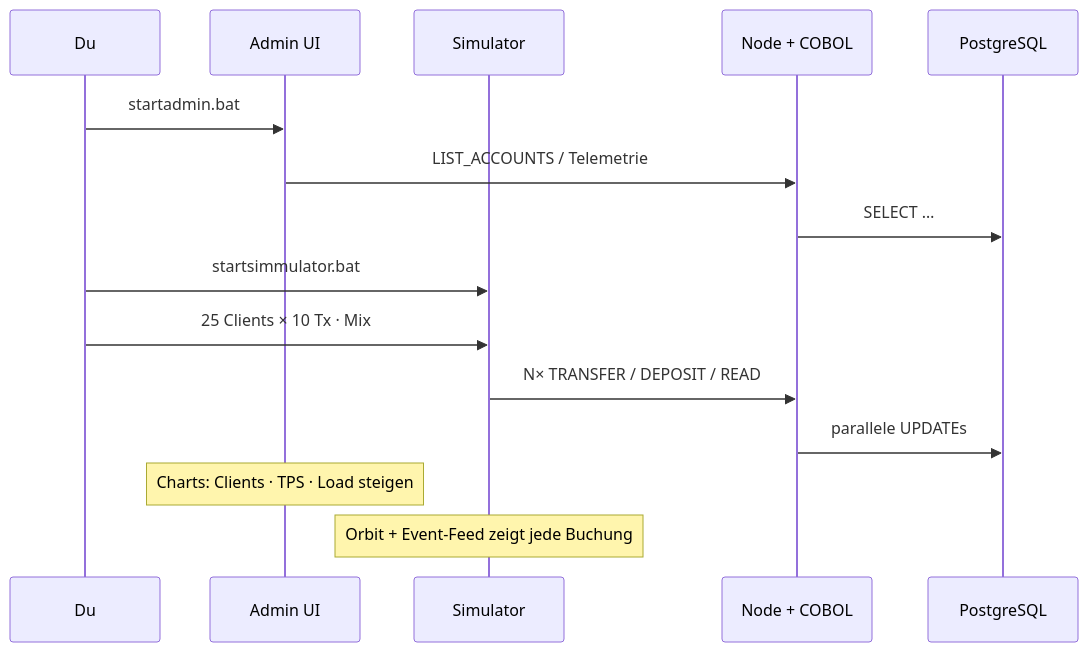
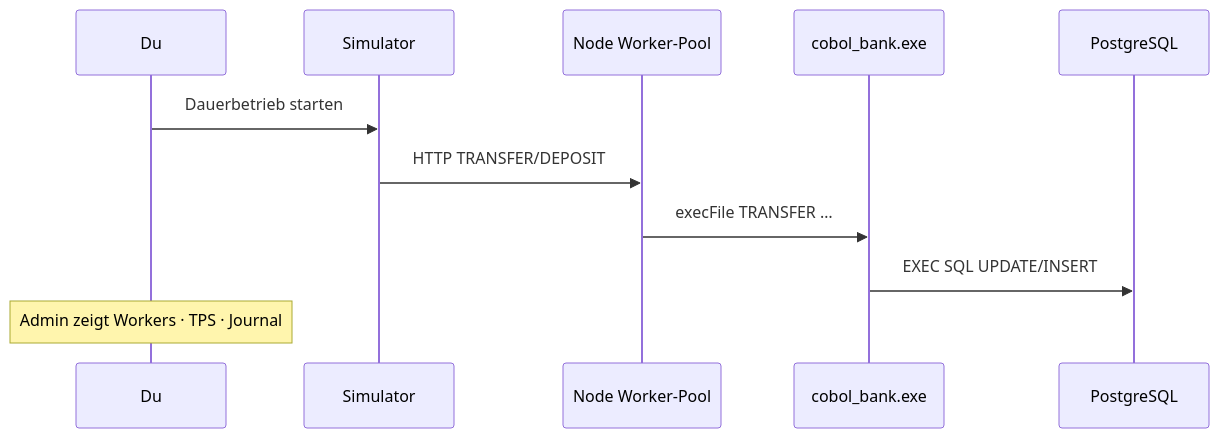
Before and after one commit to tnickel/cobol-corebank: the second of 2 diagrams in README.md, drawn with Mermaid. The commit also changed other lines of this file and 30 other files, not shown here.

First line of the commit message:
Expand COBOL-focused docs, continuous simulator, and admin reliability.

````diff
--- a/README.md
+++ b/README.md
@@ -101,18 +132,13 @@
 ```mermaid
 sequenceDiagram
   participant You as Du
-  participant Admin as Admin UI
   participant Sim as Simulator
-  participant API as Node + COBOL
+  participant Node as Node Worker-Pool
+  participant Cobol as cobol_bank.exe
   participant PG as PostgreSQL
-
-  You->>Admin: startadmin.bat
-  Admin->>API: LIST_ACCOUNTS / Telemetrie
-  API->>PG: SELECT …
-  You->>Sim: startsimmulator.bat
-  You->>Sim: 25 Clients × 10 Tx · Mix
-  Sim->>API: N× TRANSFER / DEPOSIT / READ
-  API->>PG: parallele UPDATEs
-  Note over Admin: Charts: Clients · TPS · Load steigen
-  Note over Sim: Orbit + Event-Feed zeigt jede Buchung
+  You->>Sim: Dauerbetrieb starten
+  Sim->>Node: HTTP TRANSFER/DEPOSIT
+  Node->>Cobol: execFile TRANSFER …
+  Cobol->>PG: EXEC SQL UPDATE/INSERT
+  Note over You: Admin zeigt Workers · TPS · Journal
 ```
````
